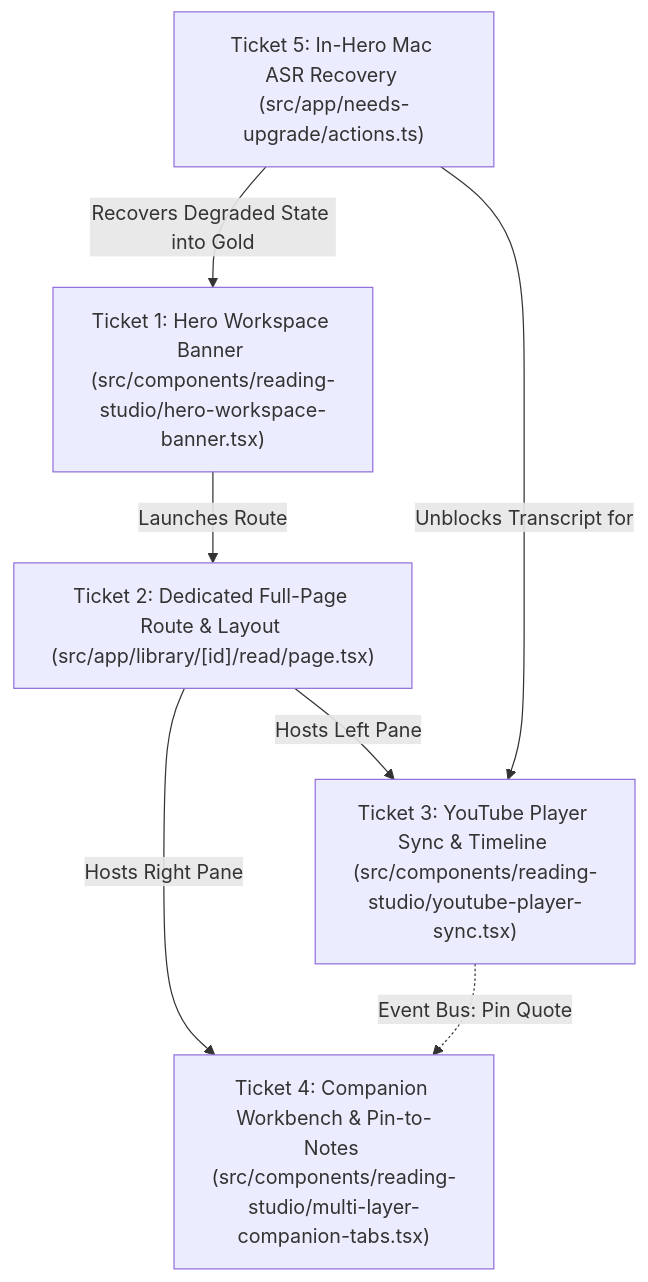
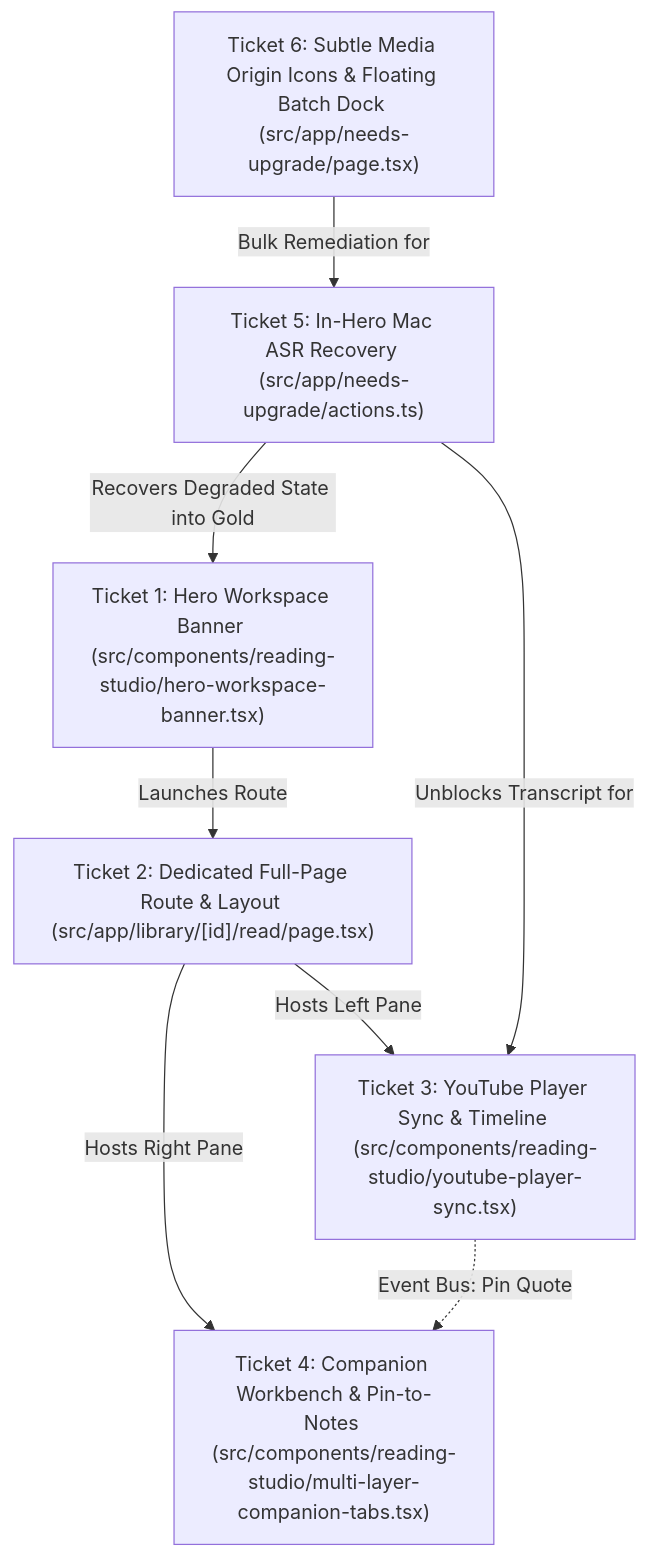
The diagram in docs/specs/JIRA_BACKLOG_READING_STUDIO_EXECUTION_TICKETS.md (arunpr614/ai-brain), drawn with Mermaid before and after one commit. The commit also changed other lines of this file and 1 other file, not shown here.

Commit message:
feat(repair): implement subtle media origin icons (Variation A) and floating batch selection dock; add Ticket 6 to Jira backlog

````diff
--- a/docs/specs/JIRA_BACKLOG_READING_STUDIO_EXECUTION_TICKETS.md
+++ b/docs/specs/JIRA_BACKLOG_READING_STUDIO_EXECUTION_TICKETS.md
@@ -809,15 +851,17 @@
 ```mermaid
 flowchart TD
     T1["Ticket 1: Hero Workspace Banner (src/components/reading-studio/hero-workspace-banner.tsx)"]
     T2["Ticket 2: Dedicated Full-Page Route & Layout (src/app/library/[id]/read/page.tsx)"]
     T3["Ticket 3: YouTube Player Sync & Timeline (src/components/reading-studio/youtube-player-sync.tsx)"]
     T4["Ticket 4: Companion Workbench & Pin-to-Notes (src/components/reading-studio/multi-layer-companion-tabs.tsx)"]
     T5["Ticket 5: In-Hero Mac ASR Recovery (src/app/needs-upgrade/actions.ts)"]
+    T6["Ticket 6: Subtle Media Origin Icons & Floating Batch Dock (src/app/needs-upgrade/page.tsx)"]
 
     T1 -->|Launches Route| T2
     T2 -->|Hosts Left Pane| T3
     T2 -->|Hosts Right Pane| T4
     T3 -.->|Event Bus: Pin Quote| T4
     T5 -->|Recovers Degraded State into Gold| T1
     T5 -->|Unblocks Transcript for| T3
+    T6 -->|Bulk Remediation for| T5
 ```
````
